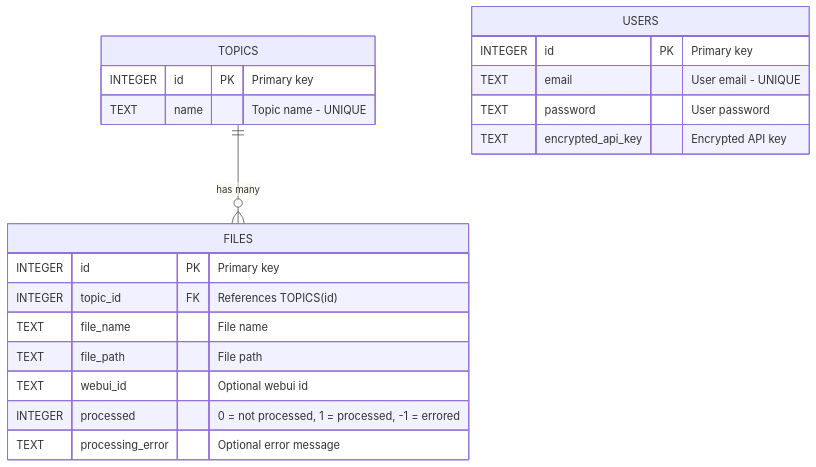
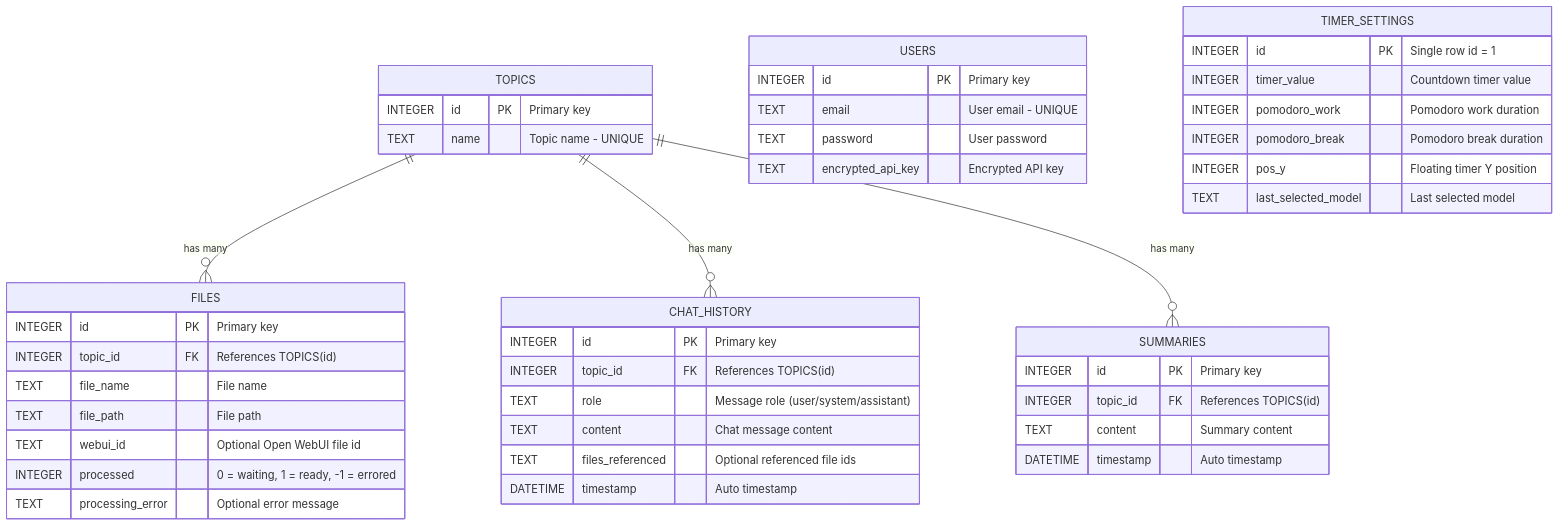
The fourth of 4 diagrams in README.md (Chovin/AI-Study-Buddy), drawn with Mermaid before and after one commit.

Commit message:
Update README with new database schema details

````diff
--- a/README.md
+++ b/README.md
@@ -421,26 +421,53 @@
 ```mermaid
 erDiagram
     TOPICS {
         INTEGER id PK "Primary key"
         TEXT name "Topic name - UNIQUE"
     }
 
     FILES {
         INTEGER id PK "Primary key"
         INTEGER topic_id FK "References TOPICS(id)"
         TEXT file_name "File name"
         TEXT file_path "File path"
-        TEXT webui_id "Optional webui id"
-        INTEGER processed "0 = not processed, 1 = processed, -1 = errored"
+        TEXT webui_id "Optional Open WebUI file id"
+        INTEGER processed "0 = waiting, 1 = ready, -1 = errored"
         TEXT processing_error "Optional error message"
+    }
+
+    CHAT_HISTORY {
+        INTEGER id PK "Primary key"
+        INTEGER topic_id FK "References TOPICS(id)"
+        TEXT role "Message role (user/system/assistant)"
+        TEXT content "Chat message content"
+        TEXT files_referenced "Optional referenced file ids"
+        DATETIME timestamp "Auto timestamp"
+    }
+
+    SUMMARIES {
+        INTEGER id PK "Primary key"
+        INTEGER topic_id FK "References TOPICS(id)"
+        TEXT content "Summary content"
+        DATETIME timestamp "Auto timestamp"
     }
 
     USERS {
         INTEGER id PK "Primary key"
         TEXT email "User email - UNIQUE"
         TEXT password "User password"
         TEXT encrypted_api_key "Encrypted API key"
     }
 
+    TIMER_SETTINGS {
+        INTEGER id PK "Single row id = 1"
+        INTEGER timer_value "Countdown timer value"
+        INTEGER pomodoro_work "Pomodoro work duration"
+        INTEGER pomodoro_break "Pomodoro break duration"
+        INTEGER pos_y "Floating timer Y position"
+        TEXT last_selected_model "Last selected model"
+    }
+
     TOPICS ||--o{ FILES : "has many"
+    TOPICS ||--o{ CHAT_HISTORY : "has many"
+    TOPICS ||--o{ SUMMARIES : "has many"
 ```
````
